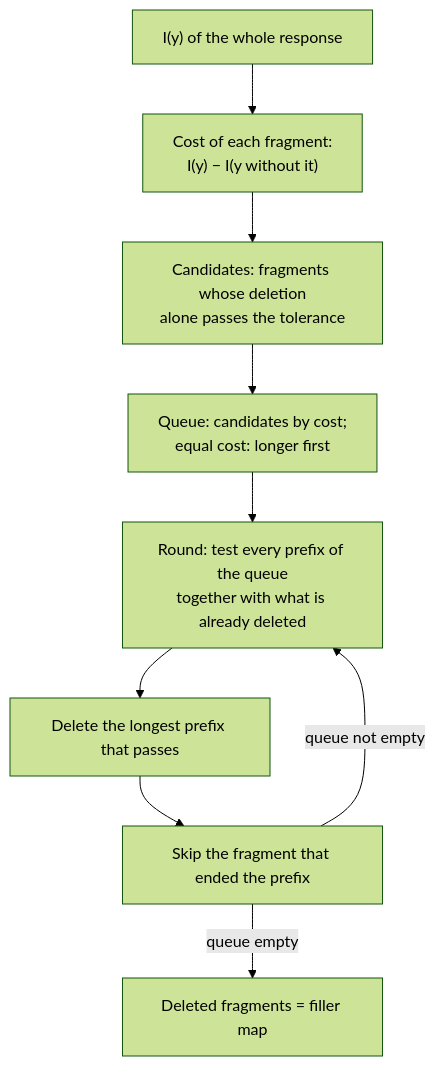
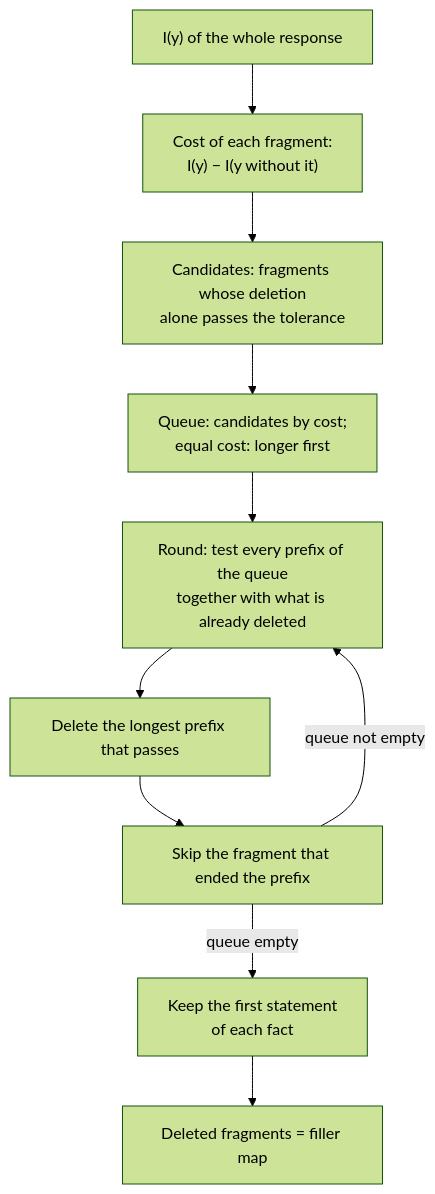
The fourth of 8 diagrams in docs/method.md (DanielVyazhev/llm-water-map), drawn with Mermaid (forest theme) before and after one commit. The commit also changed other lines of this file and 72 other files, not shown here.

````diff
--- a/docs/method.md
+++ b/docs/method.md
@@ -116,11 +122,12 @@
 ```mermaid
 flowchart TD
     A["I(y) of the whole response"] --> B["Cost of each fragment:<br>I(y) − I(y without it)"]
     B --> C["Candidates: fragments whose deletion<br>alone passes the tolerance"]
     C --> Q["Queue: candidates by cost;<br>equal cost: longer first"]
     Q --> T["Round: test every prefix of the queue<br>together with what is already deleted"]
     T --> P["Delete the longest prefix that passes"]
     P --> S["Skip the fragment that ended the prefix"]
     S -->|queue not empty| T
-    S -->|queue empty| F["Deleted fragments = filler map"]
+    S -->|queue empty| K["Keep the first statement<br>of each fact"]
+    K --> F["Deleted fragments = filler map"]
 ```
````
